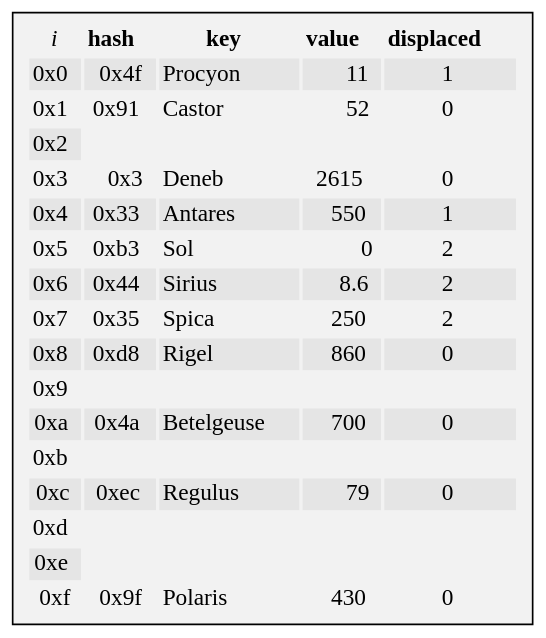
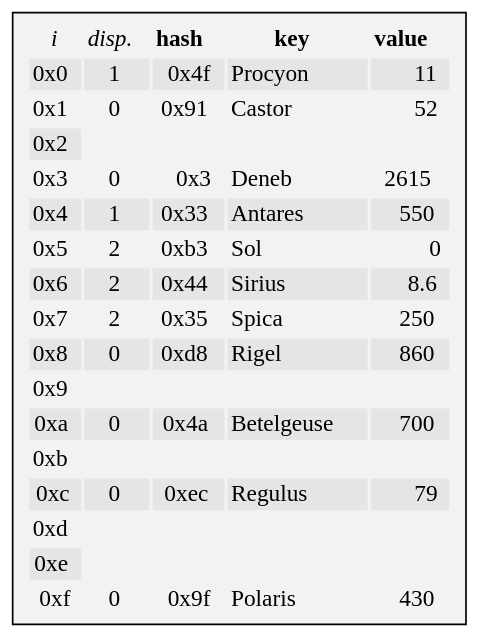
The diagram in web/table-precursor/star-open.gv (neil-edelman/boxes), drawn with Graphviz before and after one commit. The commit also changed 4 other files, not shown here.

```diff
--- a/web/table-precursor/star-open.gv
+++ b/web/table-precursor/star-open.gv
@@ -1,109 +1,109 @@
 digraph {
 	rankdir=LR;
 	graph [truecolor=true, bgcolor=transparent];
 	fontface=modern;
 	node [shape=box, style=filled, fillcolor="Gray95"];
 	hash [label=<<TABLE BORDER="0">
 	<TR>
 		<TD BORDER="0"><FONT FACE="Times-Italic">i</FONT></TD>
+		<TD BORDER="0"><FONT FACE="Times-Italic">disp.</FONT></TD>
 		<TD BORDER="0"><FONT FACE="Times-Bold">hash</FONT></TD>
 		<TD BORDER="0"><FONT FACE="Times-Bold">key</FONT></TD>
 		<TD BORDER="0"><FONT FACE="Times-Bold">value</FONT></TD>
-		<TD BORDER="0"><FONT FACE="Times-Bold">displaced</FONT></TD>
 	</TR>
 	<TR>
 		<TD ALIGN="RIGHT" BGCOLOR="Gray90">0x0</TD>
+		<TD BGCOLOR="Gray90">1</TD>
 		<TD ALIGN="RIGHT" BGCOLOR="Gray90">0x4f</TD>
 		<TD ALIGN="LEFT" BGCOLOR="Gray90">Procyon</TD>
 		<TD ALIGN="RIGHT" BGCOLOR="Gray90">11</TD>
-		<TD BGCOLOR="Gray90">1</TD>
 	</TR>
 	<TR>
 		<TD ALIGN="RIGHT">0x1</TD>
+		<TD>0</TD>
 		<TD ALIGN="RIGHT">0x91</TD>
 		<TD ALIGN="LEFT">Castor</TD>
 		<TD ALIGN="RIGHT">52</TD>
-		<TD>0</TD>
 	</TR>
 	<TR>
 		<TD ALIGN="RIGHT" BGCOLOR="Gray90">0x2</TD>
 	</TR>
 	<TR>
 		<TD ALIGN="RIGHT">0x3</TD>
+		<TD>0</TD>
 		<TD ALIGN="RIGHT">0x3</TD>
 		<TD ALIGN="LEFT">Deneb</TD>
 		<TD ALIGN="RIGHT">2615</TD>
-		<TD>0</TD>
 	</TR>
 	<TR>
 		<TD ALIGN="RIGHT" BGCOLOR="Gray90">0x4</TD>
+		<TD BGCOLOR="Gray90">1</TD>
 		<TD ALIGN="RIGHT" BGCOLOR="Gray90">0x33</TD>
 		<TD ALIGN="LEFT" BGCOLOR="Gray90">Antares</TD>
 		<TD ALIGN="RIGHT" BGCOLOR="Gray90">550</TD>
-		<TD BGCOLOR="Gray90">1</TD>
 	</TR>
 	<TR>
 		<TD ALIGN="RIGHT">0x5</TD>
+		<TD PORT="14">2</TD>
 		<TD ALIGN="RIGHT">0xb3</TD>
 		<TD ALIGN="LEFT">Sol</TD>
 		<TD ALIGN="RIGHT">0</TD>
-		<TD PORT="14">2</TD>
 	</TR>
 	<TR>
 		<TD ALIGN="RIGHT" BGCOLOR="Gray90">0x6</TD>
+		<TD BGCOLOR="Gray90">2</TD>
 		<TD ALIGN="RIGHT" BGCOLOR="Gray90">0x44</TD>
 		<TD ALIGN="LEFT" BGCOLOR="Gray90">Sirius</TD>
 		<TD ALIGN="RIGHT" BGCOLOR="Gray90">8.6</TD>
-		<TD BGCOLOR="Gray90">2</TD>
 	</TR>
 	<TR>
 		<TD ALIGN="RIGHT">0x7</TD>
+		<TD>2</TD>
 		<TD ALIGN="RIGHT">0x35</TD>
 		<TD ALIGN="LEFT">Spica</TD>
 		<TD ALIGN="RIGHT">250</TD>
-		<TD>2</TD>
 	</TR>
 	<TR>
 		<TD ALIGN="RIGHT" BGCOLOR="Gray90">0x8</TD>
+		<TD PORT="8" BGCOLOR="Gray90">0</TD>
 		<TD ALIGN="RIGHT" BGCOLOR="Gray90">0xd8</TD>
 		<TD ALIGN="LEFT" BGCOLOR="Gray90">Rigel</TD>
 		<TD ALIGN="RIGHT" BGCOLOR="Gray90">860</TD>
-		<TD PORT="8" BGCOLOR="Gray90">0</TD>
 	</TR>
 	<TR>
 		<TD ALIGN="RIGHT">0x9</TD>
 	</TR>
 	<TR>
 		<TD ALIGN="RIGHT" BGCOLOR="Gray90">0xa</TD>
+		<TD PORT="10" BGCOLOR="Gray90">0</TD>
 		<TD ALIGN="RIGHT" BGCOLOR="Gray90">0x4a</TD>
 		<TD ALIGN="LEFT" BGCOLOR="Gray90">Betelgeuse</TD>
 		<TD ALIGN="RIGHT" BGCOLOR="Gray90">700</TD>
-		<TD PORT="10" BGCOLOR="Gray90">0</TD>
 	</TR>
 	<TR>
 		<TD ALIGN="RIGHT">0xb</TD>
 	</TR>
 	<TR>
 		<TD ALIGN="RIGHT" BGCOLOR="Gray90">0xc</TD>
+		<TD PORT="12" BGCOLOR="Gray90">0</TD>
 		<TD ALIGN="RIGHT" BGCOLOR="Gray90">0xec</TD>
 		<TD ALIGN="LEFT" BGCOLOR="Gray90">Regulus</TD>
 		<TD ALIGN="RIGHT" BGCOLOR="Gray90">79</TD>
-		<TD PORT="12" BGCOLOR="Gray90">0</TD>
 	</TR>
 	<TR>
 		<TD ALIGN="RIGHT">0xd</TD>
 	</TR>
 	<TR>
 		<TD ALIGN="RIGHT" BGCOLOR="Gray90">0xe</TD>
 	</TR>
 	<TR>
 		<TD ALIGN="RIGHT">0xf</TD>
+		<TD PORT="15">0</TD>
 		<TD ALIGN="RIGHT">0x9f</TD>
 		<TD ALIGN="LEFT">Polaris</TD>
 		<TD ALIGN="RIGHT">430</TD>
-		<TD PORT="15">0</TD>
 	</TR>
 </TABLE>>];
 	node [shape=plain, fillcolor=none]
 	node [color=red];
 }
```
